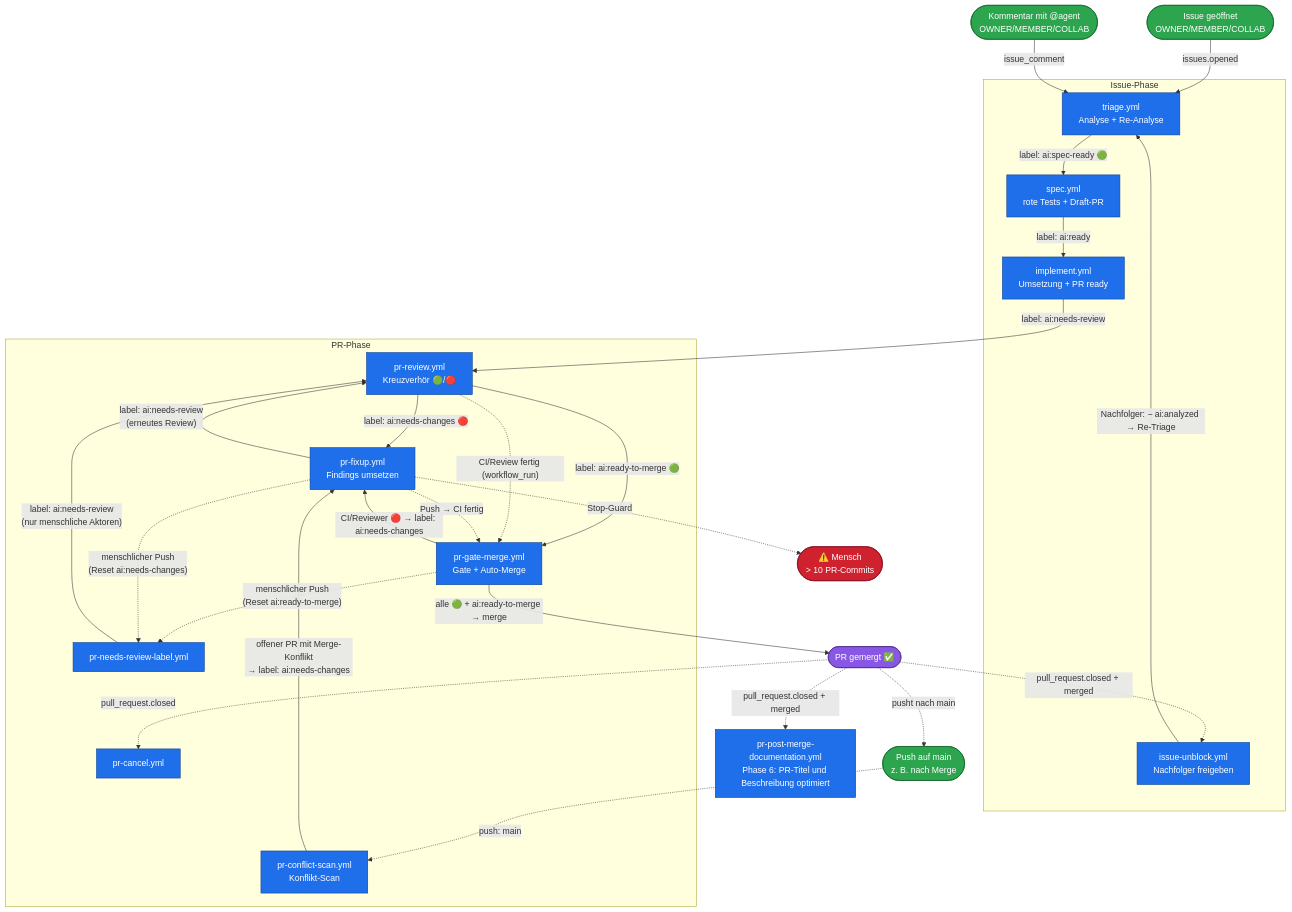
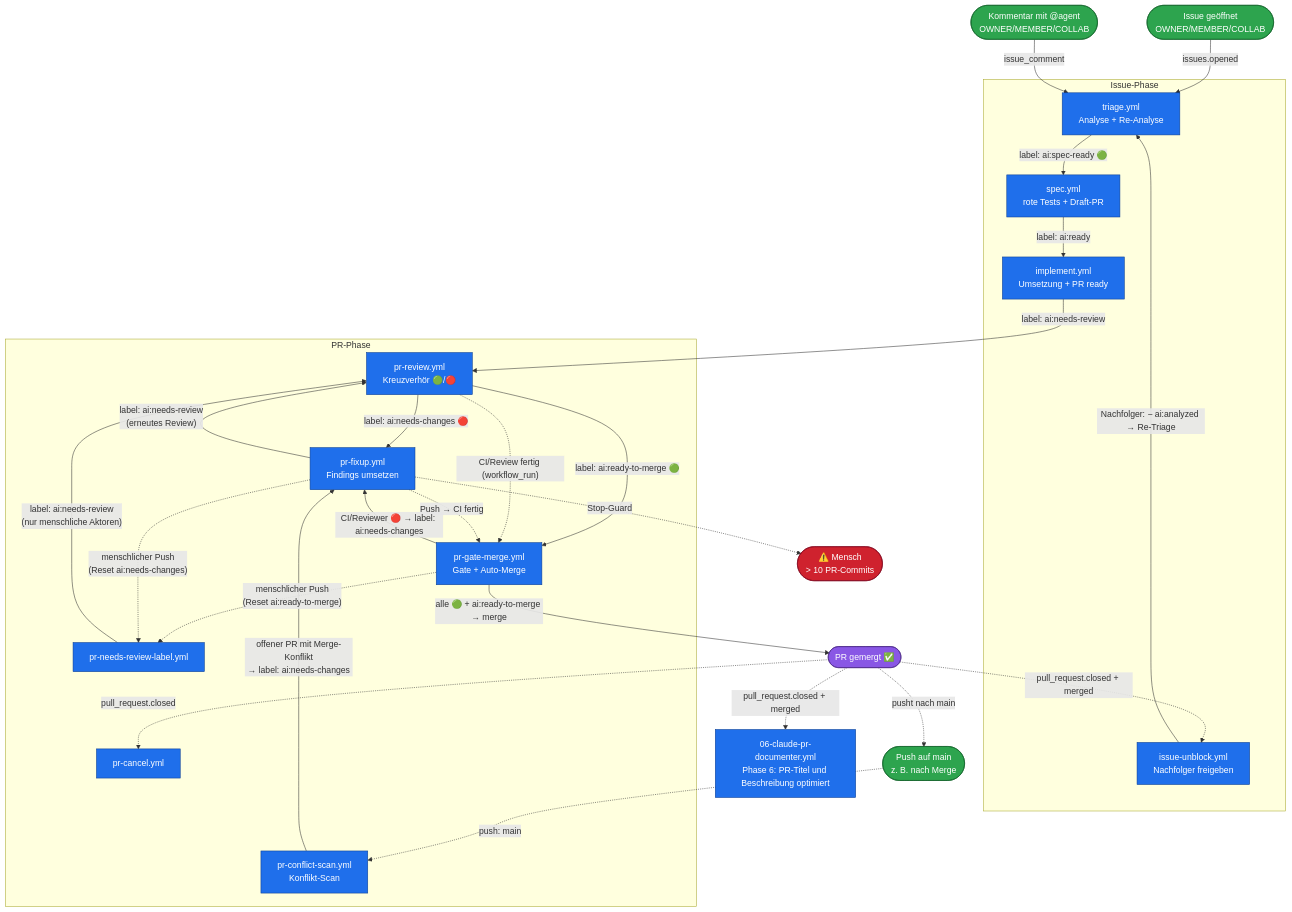
The diagram in docs/pipeline-flow.md (deleonio/priority-pilot), drawn with Mermaid before and after one commit. The commit also changed other lines of this file and 10 other files, not shown here.

````diff
--- a/docs/pipeline-flow.md
+++ b/docs/pipeline-flow.md
@@ -9,77 +9,77 @@
 ```mermaid
 flowchart TD
     %% ====== Eintritt ======
     start([Issue geöffnet<br/>OWNER/MEMBER/COLLAB]):::evt
     cmt([Kommentar mit @agent<br/>OWNER/MEMBER/COLLAB]):::evt
     pushmain([Push auf main<br/>z. B. nach Merge]):::evt
 
     %% ====== Issue-Phase ======
     subgraph ISSUE [Issue-Phase]
         triage[triage.yml<br/>Analyse + Re-Analyse]:::wf
         spec[spec.yml<br/>rote Tests + Draft-PR]:::wf
         implement[implement.yml<br/>Umsetzung + PR ready]:::wf
         unblock[issue-unblock.yml<br/>Nachfolger freigeben]:::wf
     end
 
     %% ====== PR-Phase ======
     subgraph PR [PR-Phase]
         autolabel[pr-needs-review-label.yml]:::wf
         review[pr-review.yml<br/>Kreuzverhör 🟢/🔴]:::wf
         fixup[pr-fixup.yml<br/>Findings umsetzen]:::wf
         gatemerge[pr-gate-merge.yml<br/>Gate + Auto-Merge]:::wf
         cancel[pr-cancel.yml]:::wf
         conflictscan[pr-conflict-scan.yml<br/>Konflikt-Scan]:::wf
     end
 
     merged([PR gemergt ✅]):::done
-    docpr[pr-post-merge-documentation.yml<br/>Phase 6: PR-Titel und Beschreibung optimiert]:::wf
+    docpr[06-claude-pr-documenter.yml<br/>Phase 6: PR-Titel und Beschreibung optimiert]:::wf
     human([⚠️ Mensch<br/>> 10 PR-Commits]):::stop
 
     %% ---- Issue-Trigger ----
     start -->|issues.opened| triage
     cmt -->|issue_comment| triage
     triage -->|"label: ai:spec-ready 🟢"| spec
     spec -->|"label: ai:ready"| implement
 
     %% ---- Übergang Issue -> PR (implement setzt ai:needs-review SELBST als kontrollierten
     %% letzten Schritt — pr-needs-review-label.yml reagiert bewusst NICHT auf bot-erzeugte
     %% Draft→ready-Uebergaenge, nur auf menschliche PR-Erstellung/-Freigabe) ----
     implement -->|"label: ai:needs-review"| review
 
     %% ---- Push-Reset-Pfad (jeder menschliche Push auf den PR-Branch) + menschlich erstellte PRs ----
     gatemerge -.->|"menschlicher Push<br/>(Reset ai:ready-to-merge)"| autolabel
     fixup -.->|"menschlicher Push<br/>(Reset ai:needs-changes)"| autolabel
     autolabel -->|"label: ai:needs-review<br/>(nur menschliche Aktoren)"| review
 
     %% ---- Review-Verzweigung ----
     review -->|"label: ai:needs-changes 🔴"| fixup
     review -->|"label: ai:ready-to-merge 🟢"| gatemerge
 
     %% ---- Fixup-Schleife ----
     fixup -->|"label: ai:needs-review<br/>(erneutes Review)"| review
     fixup -.->|"Stop-Guard"| human
 
     %% ---- Deterministisches Gate (workflow_run) ----
     review -.->|"CI/Review fertig (workflow_run)"| gatemerge
     fixup -.->|"Push → CI fertig"| gatemerge
     gatemerge -->|"CI/Reviewer 🔴 → label: ai:needs-changes"| fixup
     gatemerge -->|"alle 🟢 + ai:ready-to-merge → merge"| merged
 
     %% ---- Abschluss ----
     merged -.->|pull_request.closed| cancel
     merged -.->|"pull_request.closed + merged"| docpr
 
     %% ---- Merge-getriebenes Unblocking aufeinander aufbauender Issues ----
     merged -.->|"pull_request.closed + merged"| unblock
     unblock -->|"Nachfolger: − ai:analyzed → Re-Triage"| triage
 
     %% ---- Konflikt-Scan bei Push auf main (z. B. nach Merge) ----
     merged -.->|"pusht nach main"| pushmain
     pushmain -.->|"push: main"| conflictscan
     conflictscan -->|"offener PR mit Merge-Konflikt<br/>→ label: ai:needs-changes"| fixup
 
     classDef wf fill:#1f6feb,stroke:#0b3d91,color:#fff;
     classDef evt fill:#2da44e,stroke:#116329,color:#fff;
     classDef done fill:#8957e5,stroke:#4c2889,color:#fff;
     classDef stop fill:#cf222e,stroke:#82071e,color:#fff;
 ```
````
